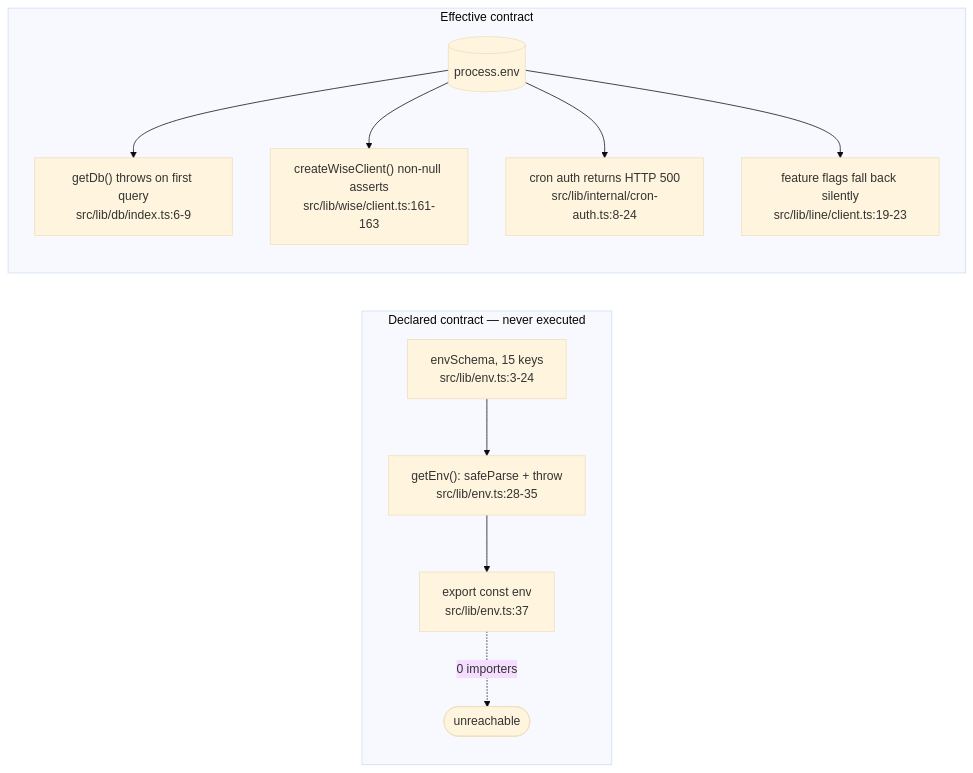
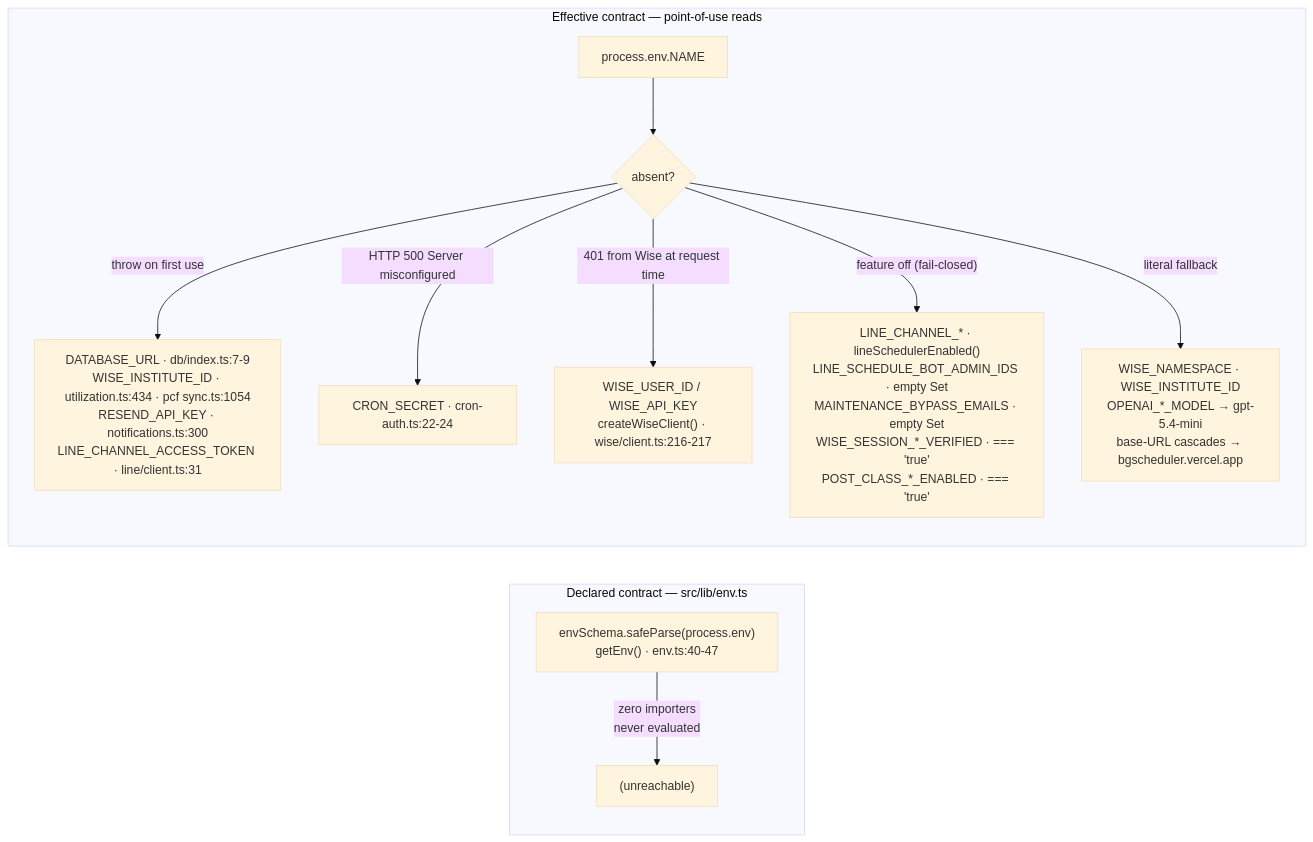
The first of 2 diagrams in docs/reference/env.md (kasheesh711/bgscheduler), drawn with Mermaid (base theme) before and after one commit. The commit also changed other lines of this file and 95 other files, not shown here.

````diff
--- a/docs/reference/env.md
+++ b/docs/reference/env.md
@@ -60,17 +70,14 @@
 ```mermaid
 flowchart LR
-  subgraph Declared["Declared contract — never executed"]
-    ENV["envSchema, 15 keys<br/>src/lib/env.ts:3-24"]
-    GET["getEnv(): safeParse + throw<br/>src/lib/env.ts:28-35"]
-    EXP["export const env<br/>src/lib/env.ts:37"]
-    ENV --> GET --> EXP
-    EXP -. "0 importers" .-> DEAD(["unreachable"])
+  subgraph Declared["Declared contract — src/lib/env.ts"]
+    Z["envSchema.safeParse(process.env)<br/>getEnv() · env.ts:40-47"] -->|"zero importers<br/>never evaluated"| X["(unreachable)"]
   end
-  subgraph Actual["Effective contract"]
-    PE[("process.env")]
-    PE --> DB["getDb() throws on first query<br/>src/lib/db/index.ts:6-9"]
-    PE --> WISE["createWiseClient() non-null asserts<br/>src/lib/wise/client.ts:161-163"]
-    PE --> CRON["cron auth returns HTTP 500<br/>src/lib/internal/cron-auth.ts:8-24"]
-    PE --> FLAG["feature flags fall back silently<br/>src/lib/line/client.ts:19-23"]
+  subgraph Actual["Effective contract — point-of-use reads"]
+    P["process.env.NAME"] --> T{"absent?"}
+    T -->|"throw on first use"| A["DATABASE_URL · db/index.ts:7-9<br/>WISE_INSTITUTE_ID · utilization.ts:434 · pcf sync.ts:1054<br/>RESEND_API_KEY · notifications.ts:300<br/>LINE_CHANNEL_ACCESS_TOKEN · line/client.ts:31"]
+    T -->|"HTTP 500 Server misconfigured"| D["CRON_SECRET · cron-auth.ts:22-24"]
+    T -->|"401 from Wise at request time"| E["WISE_USER_ID / WISE_API_KEY<br/>createWiseClient() · wise/client.ts:216-217"]
+    T -->|"feature off (fail-closed)"| B["LINE_CHANNEL_* · lineSchedulerEnabled()<br/>LINE_SCHEDULE_BOT_ADMIN_IDS · empty Set<br/>MAINTENANCE_BYPASS_EMAILS · empty Set<br/>WISE_SESSION_*_VERIFIED · === 'true'<br/>POST_CLASS_*_ENABLED · === 'true'"]
+    T -->|"literal fallback"| C["WISE_NAMESPACE · WISE_INSTITUTE_ID<br/>OPENAI_*_MODEL → gpt-5.4-mini<br/>base-URL cascades → bgscheduler.vercel.app"]
   end
 ```
````
